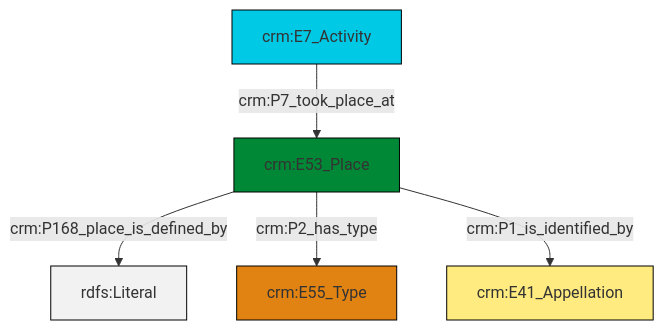
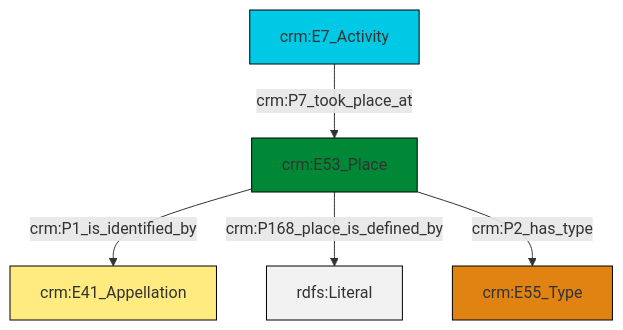
One commit to swiss-art-research-net/reference-data-models changed the diagram in et/eventCSV/ttl/mmd/event_location.ttl.mmd. Above: the diagram before and after it, drawn with Mermaid. The commit also changed 129 other files, not shown here.

```diff
--- a/et/eventCSV/ttl/mmd/event_location.ttl.mmd
+++ b/et/eventCSV/ttl/mmd/event_location.ttl.mmd
@@ -1,19 +1,19 @@
 graph TD
 classDef Literal fill:#f2f2f2,stroke:#000000;
 classDef CRM_Entity fill:#FFFFFF,stroke:#000000;
 classDef Temporal_Entity fill:#00C9E6, stroke:#000000;
 classDef Type fill:#E18312, stroke:#000000;
 classDef Time-Span fill:#2C9C91, stroke:#000000;
 classDef Appellation fill:#FFEB7F, stroke:#000000;
 classDef Place fill:#008836, stroke:#000000;
 classDef Persistent_Item fill:#B266B2, stroke:#000000;
 classDef Conceptual_Object fill:#FFD700, stroke:#000000;
 classDef Physical_Thing fill:#D2B48C, stroke:#000000;
 classDef Actor fill:#f58aad, stroke:#000000;
 classDef PC_Classes fill:#4ce600, stroke:#000000;
 classDef Multi fill:#cccccc,stroke:#000000;
 
-2["crm:E53_Place"]:::Place -->|crm:P168_place_is_defined_by| 3[rdfs:Literal]:::Literal
-4["crm:E7_Activity"]:::Temporal_Entity -->|crm:P7_took_place_at| 2["crm:E53_Place"]:::Place
-2["crm:E53_Place"]:::Place -->|crm:P2_has_type| 0["crm:E55_Type"]:::Type
-2["crm:E53_Place"]:::Place -->|crm:P1_is_identified_by| 7["crm:E41_Appellation"]:::Appellation
+0["crm:E53_Place"]:::Place -->|crm:P1_is_identified_by| 2["crm:E41_Appellation"]:::Appellation
+3["crm:E7_Activity"]:::Temporal_Entity -->|crm:P7_took_place_at| 0["crm:E53_Place"]:::Place
+0["crm:E53_Place"]:::Place -->|crm:P168_place_is_defined_by| 8[rdfs:Literal]:::Literal
+0["crm:E53_Place"]:::Place -->|crm:P2_has_type| 5["crm:E55_Type"]:::Type
```
